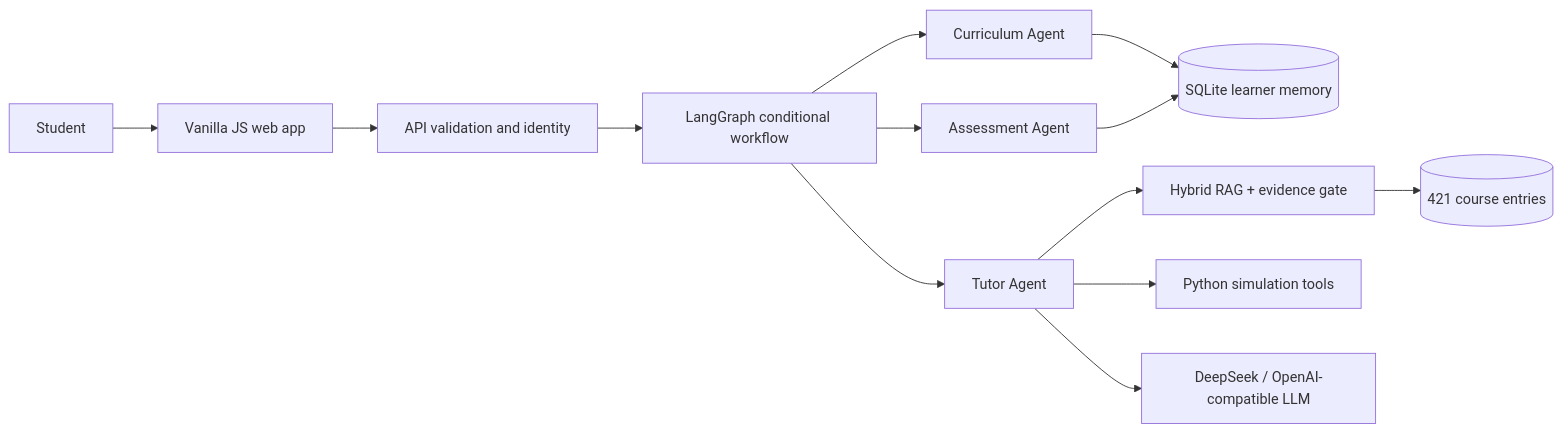
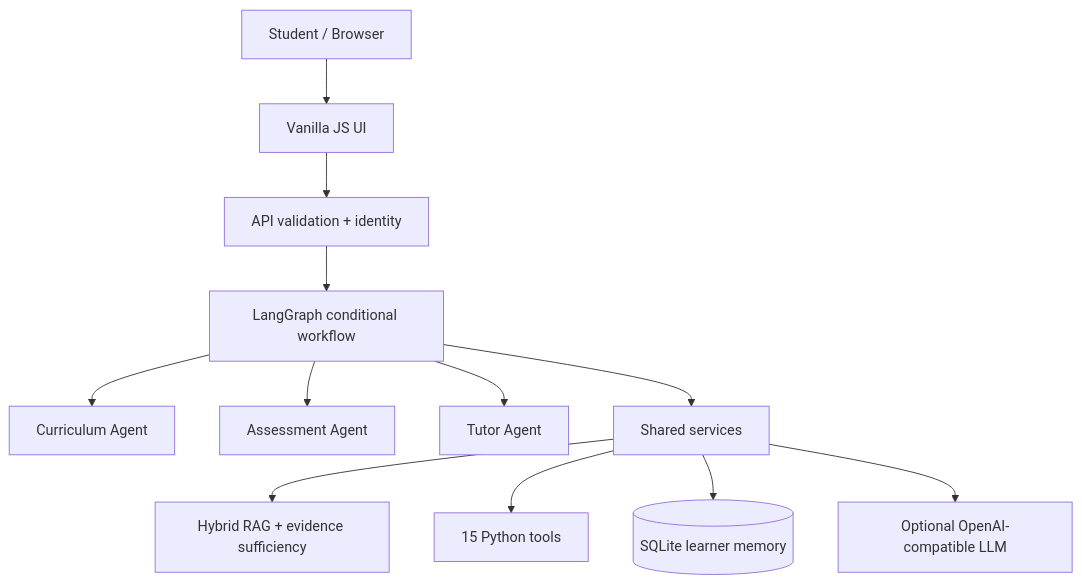
One commit to JW35711/ai-tutor-for-stochastic-processes changed the diagram in README.md. Above: the diagram before and after it, drawn with Mermaid. The commit also changed other lines of this file and 6 other files, not shown here.

Commit message:
docs: align portfolio narrative with actual architecture

````diff
--- a/README.md
+++ b/README.md
@@ -68,15 +77,14 @@
 ```mermaid
-flowchart LR
-    U[Student] --> W[Vanilla JS web app]
-    W --> A[API validation and identity]
-    A --> G[LangGraph conditional workflow]
-    G --> C[Curriculum Agent]
-    G --> T[Tutor Agent]
-    G --> Q[Assessment Agent]
-    C --> S[(SQLite learner memory)]
-    Q --> S
-    T --> R[Hybrid RAG + evidence gate]
-    T --> P[Python simulation tools]
-    T --> L[DeepSeek / OpenAI-compatible LLM]
-    R --> K[(421 course entries)]
+flowchart TD
+    STUDENT[Student / Browser] --> UI[Vanilla JS UI]
+    UI --> API[API validation + identity]
+    API --> GRAPH[LangGraph conditional workflow]
+    GRAPH --> CURRICULUM[Curriculum Agent]
+    GRAPH --> ASSESSMENT[Assessment Agent]
+    GRAPH --> TUTOR[Tutor Agent]
+    GRAPH --> SERVICES[Shared services]
+    SERVICES --> RAG[Hybrid RAG + evidence sufficiency]
+    SERVICES --> PYTHON[15 Python tools]
+    SERVICES --> SQLITE[(SQLite learner memory)]
+    SERVICES --> LLM[Optional OpenAI-compatible LLM]
 ```
````
